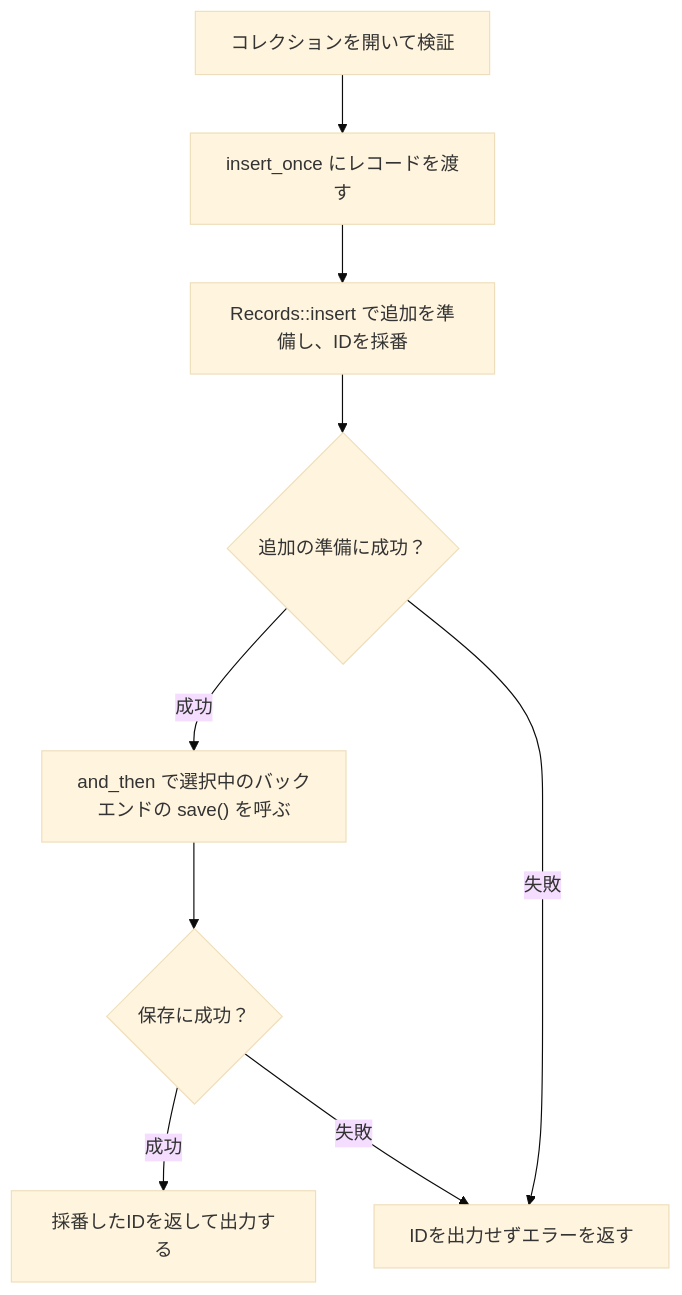
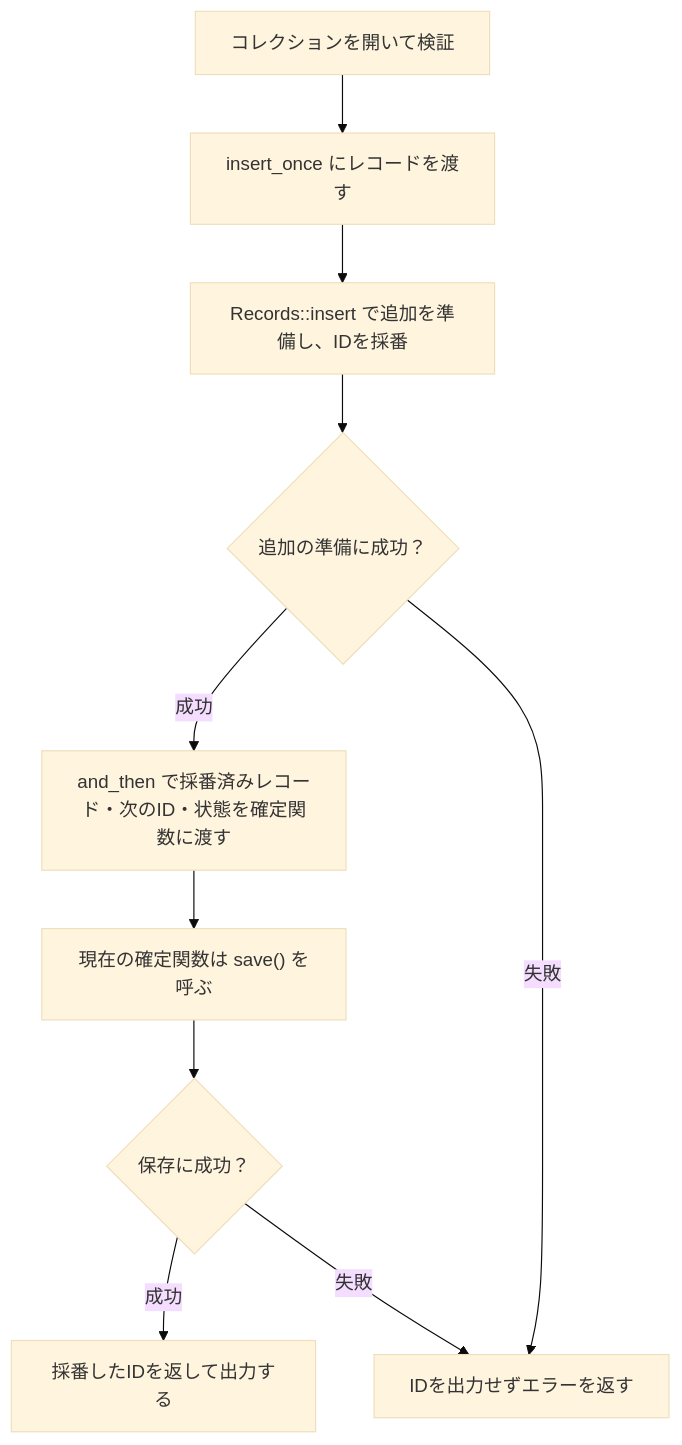
One commit to YoshiakiNishimura/persist-collections changed the diagram in README.ja.md. Above: the diagram before and after it, drawn with Mermaid (base theme). The commit also changed other lines of this file and 2 other files, not shown here.

Commit message:
Inject the insert commit strategy

````diff
--- a/README.ja.md
+++ b/README.ja.md
@@ -62,11 +62,12 @@
 ```mermaid
 flowchart TD
     Open["コレクションを開いて検証"] --> Insert["insert_once にレコードを渡す"]
     Insert --> Prepare["Records::insert で追加を準備し、IDを採番"]
     Prepare --> Prepared{"追加の準備に成功？"}
-    Prepared -->|成功| Save["and_then で選択中のバックエンドの save() を呼ぶ"]
+    Prepared -->|成功| Commit["and_then で採番済みレコード・次のID・状態を確定関数に渡す"]
     Prepared -->|失敗| Failure["IDを出力せずエラーを返す"]
+    Commit --> Save["現在の確定関数は save() を呼ぶ"]
     Save --> Saved{"保存に成功？"}
     Saved -->|成功| Success["採番したIDを返して出力する"]
     Saved -->|失敗| Failure
 ```
````
